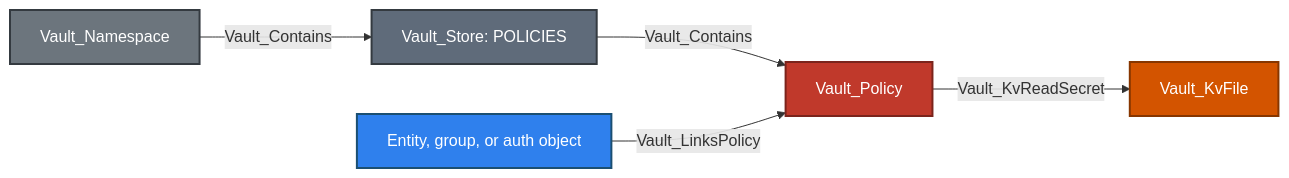
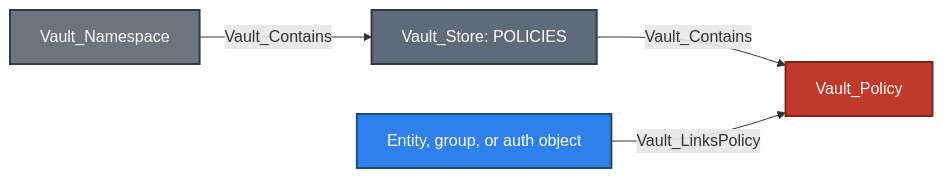
Before and after one commit to bytewreck/opengraph-vault: the first of 6 diagrams in Documentation/stores/POLICIES.md, drawn with Mermaid. The commit also changed other lines of this file and 5 other files, not shown here.

````diff
--- a/Documentation/stores/POLICIES.md
+++ b/Documentation/stores/POLICIES.md
@@ -22,13 +24,11 @@
 ```mermaid
 flowchart LR
     namespace[Vault_Namespace]:::namespaceNode -->|Vault_Contains| store[Vault_Store: POLICIES]:::storeNode
     store -->|Vault_Contains| policy[Vault_Policy]:::policyNode
     identity[Entity, group, or auth object]:::identityNode -->|Vault_LinksPolicy| policy
-    policy -->|Vault_KvReadSecret| target[Vault_KvFile]:::objectNode
 
     classDef namespaceNode fill:#6C757D,color:#fff,stroke:#343A40,stroke-width:2px
     classDef storeNode fill:#5F6B7A,color:#fff,stroke:#343A40,stroke-width:2px
     classDef policyNode fill:#C0392B,color:#fff,stroke:#7B241C,stroke-width:2px
     classDef identityNode fill:#2F80ED,color:#fff,stroke:#1B4F72,stroke-width:2px
-    classDef objectNode fill:#D35400,color:#fff,stroke:#873600,stroke-width:2px
 ```
````
